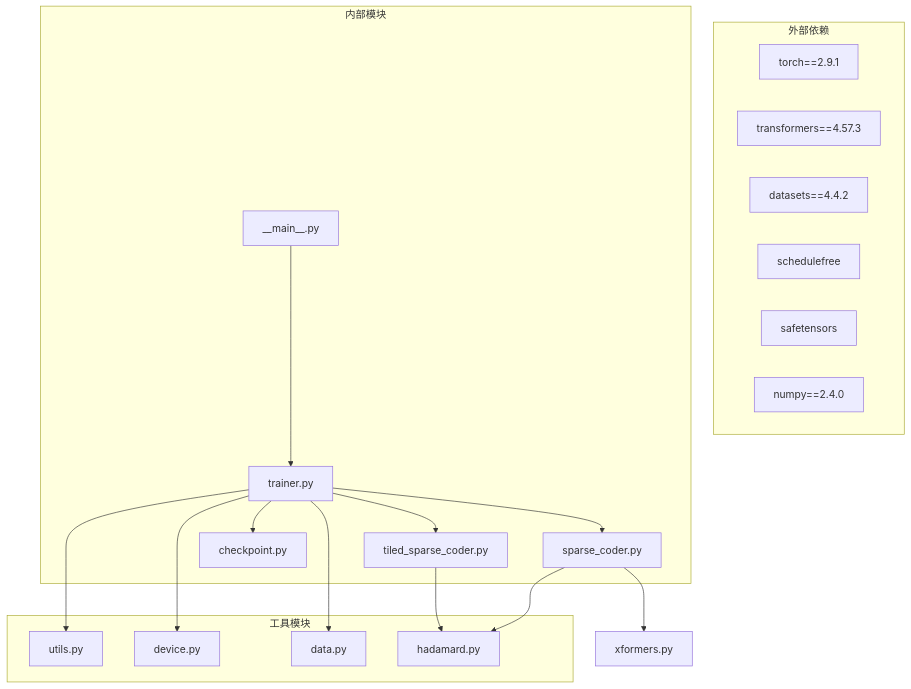
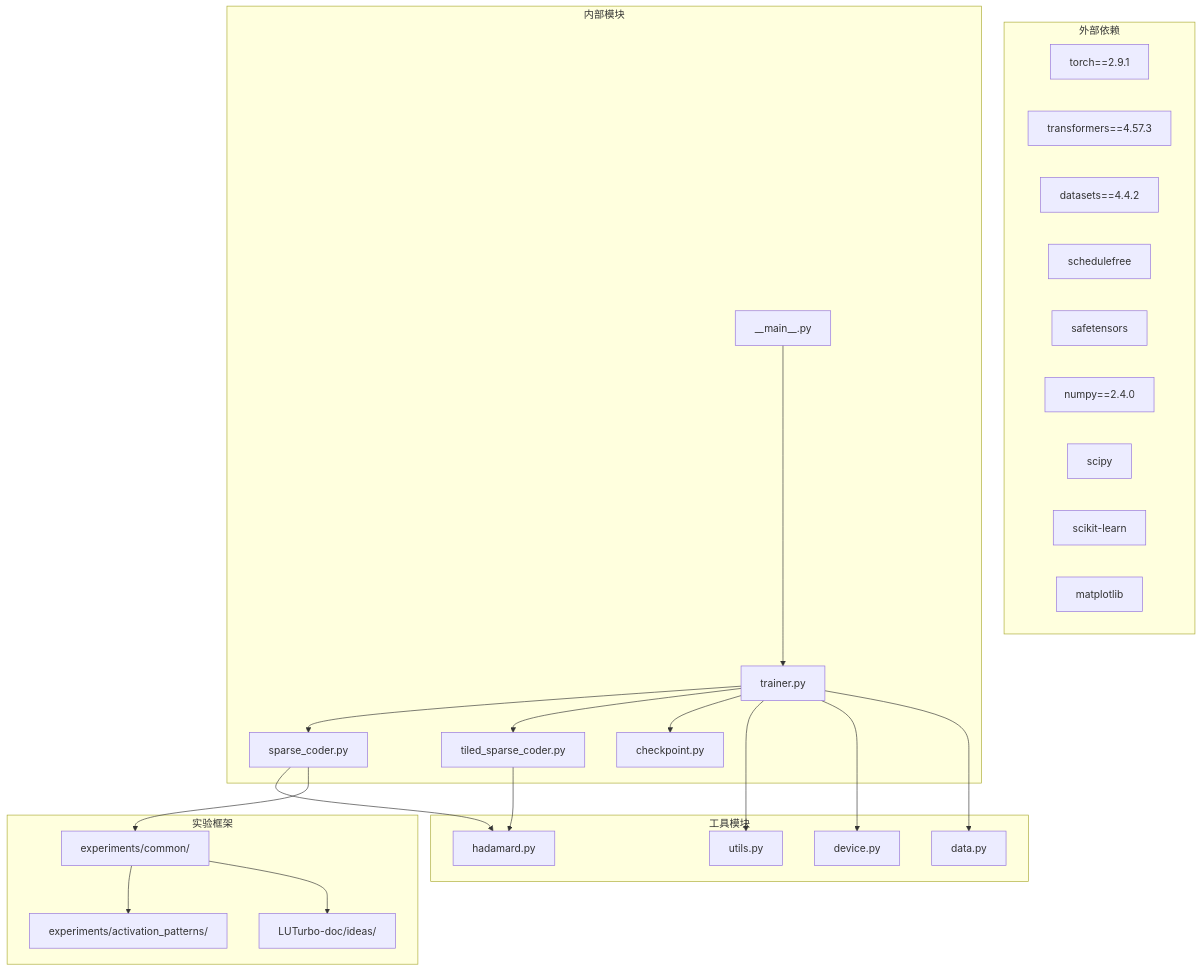
The tenth of 10 diagrams in .qoder/repowiki/zh/content/Developer Guide.md (duanzhaol/sparsify), drawn with Mermaid before and after one commit. The commit also changed other lines of this file and 6 other files, not shown here.

````diff
--- a/.qoder/repowiki/zh/content/Developer Guide.md
+++ b/.qoder/repowiki/zh/content/Developer Guide.md
@@ -341,34 +586,44 @@
 ```mermaid
 graph TB
 subgraph "外部依赖"
 A[torch==2.9.1]
 B[transformers==4.57.3]
 C[datasets==4.4.2]
 D[schedulefree]
 E[safetensors]
 F[numpy==2.4.0]
+G[scipy]
+H[scikit-learn]
+I[matplotlib]
 end
 subgraph "内部模块"
-G[__main__.py]
-H[trainer.py]
-I[sparse_coder.py]
-J[tiled_sparse_coder.py]
-K[checkpoint.py]
+J[__main__.py]
+K[trainer.py]
+L[sparse_coder.py]
+M[tiled_sparse_coder.py]
+N[checkpoint.py]
 end
 subgraph "工具模块"
-L[utils.py]
-M[device.py]
-N[data.py]
-O[hadamard.py]
+O[utils.py]
+P[device.py]
+Q[data.py]
+R[hadamard.py]
 end
-G --> H
-H --> I
-H --> J
-H --> K
-H --> L
-H --> M
-H --> N
-I --> O
-J --> O
-I --> P[xformers.py]
+subgraph "实验框架"
+S[experiments/common/]
+T[experiments/activation_patterns/]
+U[LUTurbo-doc/ideas/]
+end
+J --> K
+K --> L
+K --> M
+K --> N
+K --> O
+K --> P
+K --> Q
+L --> R
+M --> R
+L --> S
+S --> T
+S --> U
 ```
````
